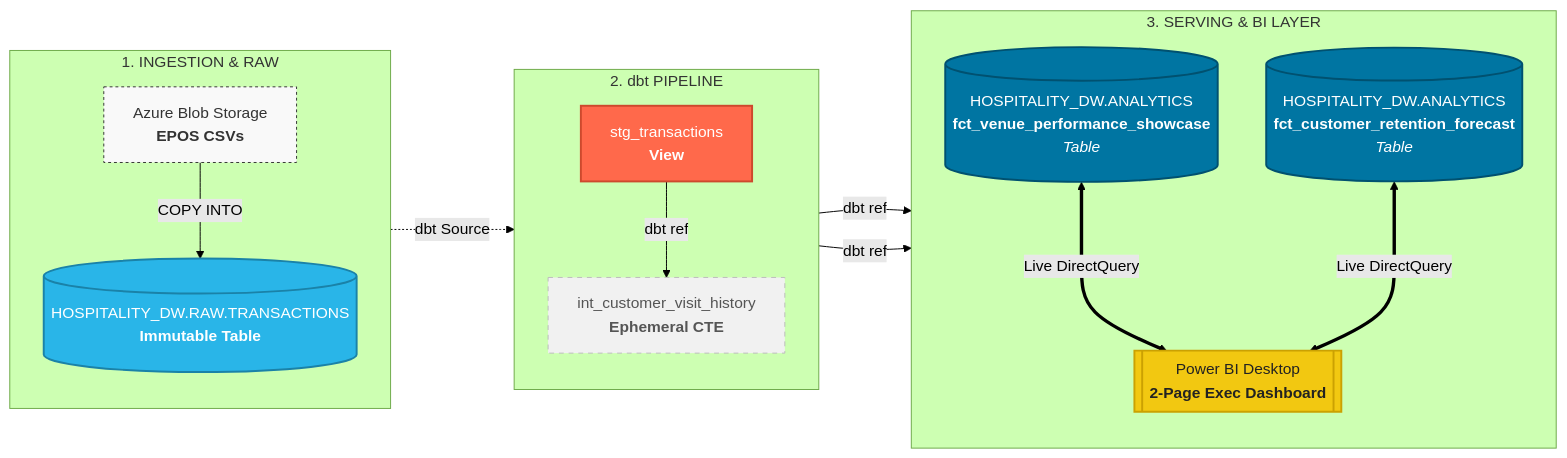
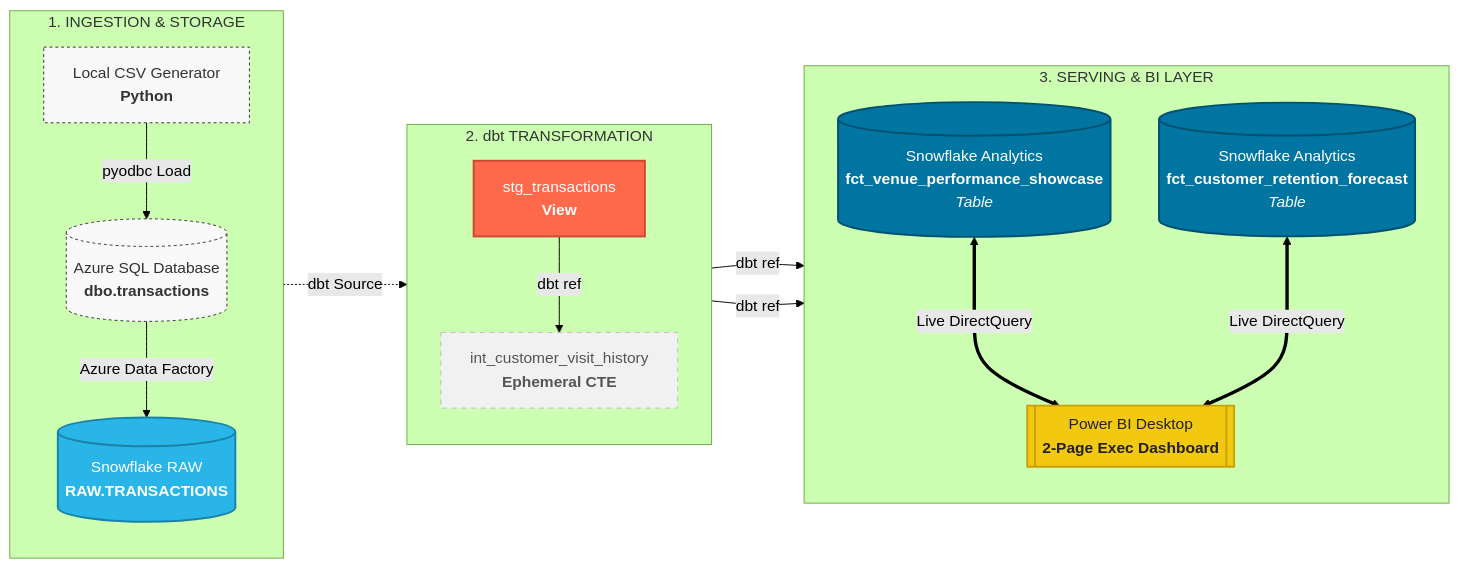
One commit to Tanyamber/hospitality-epos-data-pipeline changed the diagram in README.md. Above: the diagram before and after it, drawn with Mermaid (forest theme). The commit also changed other lines of this file and 9 other files, not shown here.

````diff
--- a/README.md
+++ b/README.md
@@ -31,37 +35,44 @@
 ```mermaid
 flowchart LR
-    %% Define Styles for visual elegance
+    %% Define Styles
     classDef storage fill:#f9f9f9,stroke:#333,stroke-width:1px,stroke-dasharray: 3 3,color:#333;
     classDef raw fill:#29B5E8,stroke:#1a82a8,stroke-width:2px,color:#fff;
     classDef dbt fill:#FF694B,stroke:#cd492d,stroke-width:2px,color:#fff;
     classDef ephemeral fill:#f1f1f1,stroke:#bcbcbc,stroke-width:1px,stroke-dasharray: 5 5,color:#555;
     classDef analytics fill:#0075A2,stroke:#005170,stroke-width:2px,color:#fff;
     classDef bi fill:#F2C811,stroke:#cba102,stroke-width:2px,color:#222;
 
-    %% Column 1: Raw / Ingestion
-    subgraph Ingestion ["1. INGESTION & RAW"]
+    %% Column 1: Ingestion
+    subgraph Ingestion ["1. INGESTION & STORAGE"]
         direction TB
-        A[Azure Blob Storage<br/><b>EPOS CSVs</b>]:::storage
-        A -->|COPY INTO| B[(HOSPITALITY_DW.RAW.TRANSACTIONS<br/><b>Immutable Table</b>)]:::raw
+        A[Local CSV Generator<br/><b>Python</b>]:::storage
+        B[(Azure SQL Database<br/><b>dbo.transactions</b>)]:::storage
+        C[(Snowflake RAW<br/><b>RAW.TRANSACTIONS</b>)]:::raw
+        
+        A -->|pyodbc Load| B
+        B -->|Azure Data Factory| C
     end
 
-    %% Column 2: Transformation
-    subgraph pipeline ["2. dbt PIPELINE"]
+    %% Column 2: dbt Pipeline
+    subgraph pipeline ["2. dbt TRANSFORMATION"]
         direction TB
-        C[stg_transactions<br/><b>View</b>]:::dbt
-        C -->|dbt ref| D[int_customer_visit_history<br/><b>Ephemeral CTE</b>]:::ephemeral
+        D[stg_transactions<br/><b>View</b>]:::dbt
+        E[int_customer_visit_history<br/><b>Ephemeral CTE</b>]:::ephemeral
+        
+        D -->|dbt ref| E
     end
 
-    %% Column 3: Serving & Analytics
+    %% Column 3: Serving & BI
     subgraph Serving ["3. SERVING & BI LAYER"]
         direction TB
-        E1[(HOSPITALITY_DW.ANALYTICS<br/><b>fct_venue_performance_showcase</b><br/><i>Table</i>)]:::analytics
-        E2[(HOSPITALITY_DW.ANALYTICS<br/><b>fct_customer_retention_forecast</b><br/><i>Table</i>)]:::analytics
+        F1[(Snowflake Analytics<br/><b>fct_venue_performance_showcase</b><br/><i>Table</i>)]:::analytics
+        F2[(Snowflake Analytics<br/><b>fct_customer_retention_forecast</b><br/><i>Table</i>)]:::analytics
+        G[[Power BI Desktop<br/><b>2-Page Exec Dashboard</b>]]:::bi
         
-        E1 & E2 <===>|Live DirectQuery| F[[Power BI Desktop<br/><b>2-Page Exec Dashboard</b>]]:::bi
+        F1 & F2 <===>|Live DirectQuery| G
     end
 
-    B -.->|dbt Source| C
-    D -->|dbt ref| E1
-    D -->|dbt ref| E2
+    C -.->|dbt Source| D
+    D -->|dbt ref| F1
+    E -->|dbt ref| F2
 ```
````
